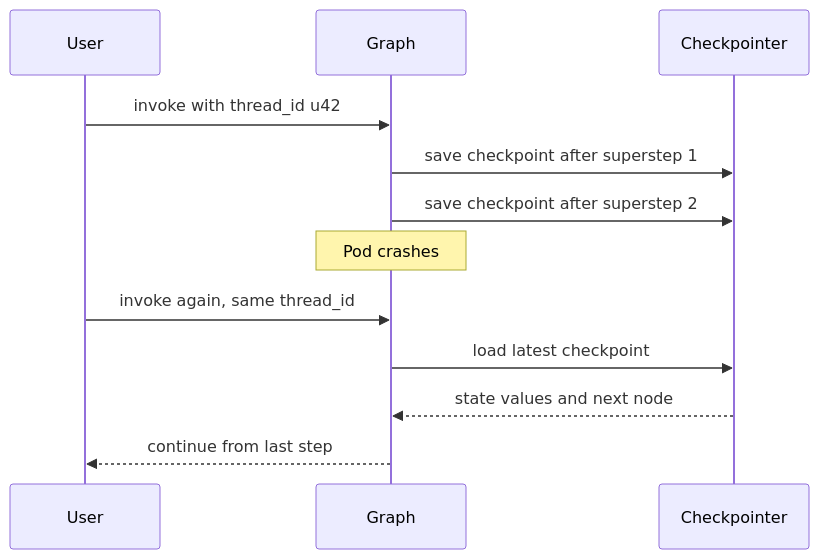
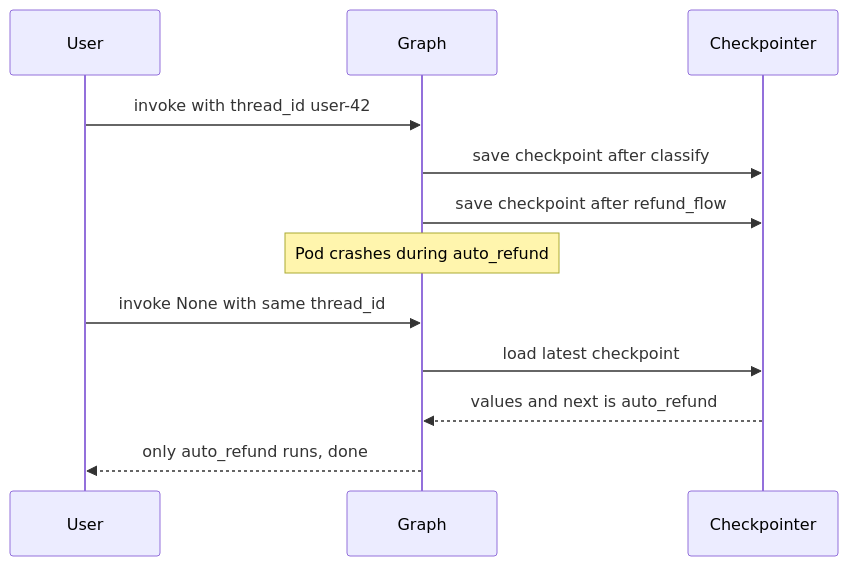
One commit to flow6979/viewinter changed the fifth of 7 diagrams in content-en/11-agentic/02-langgraph-core.md. Above: the diagram before and after it, drawn with Mermaid. The commit also changed other lines of this file and 26 other files, not shown here.

First line of the commit message:
Agentic AI: rewrite all 13 pages to explain from scratch; animate diagrams on every article

````diff
--- a/content-en/11-agentic/02-langgraph-core.md
+++ b/content-en/11-agentic/02-langgraph-core.md
@@ -192,14 +355,14 @@
 ```mermaid
 sequenceDiagram
     participant U as User
     participant G as Graph
     participant CP as Checkpointer
-    U->>G: invoke with thread_id u42
-    G->>CP: save checkpoint after superstep 1
-    G->>CP: save checkpoint after superstep 2
-    Note over G: Pod crashes
-    U->>G: invoke again, same thread_id
+    U->>G: invoke with thread_id user-42
+    G->>CP: save checkpoint after classify
+    G->>CP: save checkpoint after refund_flow
+    Note over G: Pod crashes during auto_refund
+    U->>G: invoke None with same thread_id
     G->>CP: load latest checkpoint
-    CP-->>G: state values and next node
-    G-->>U: continue from last step
+    CP-->>G: values and next is auto_refund
+    G-->>U: only auto_refund runs, done
 ```
````
